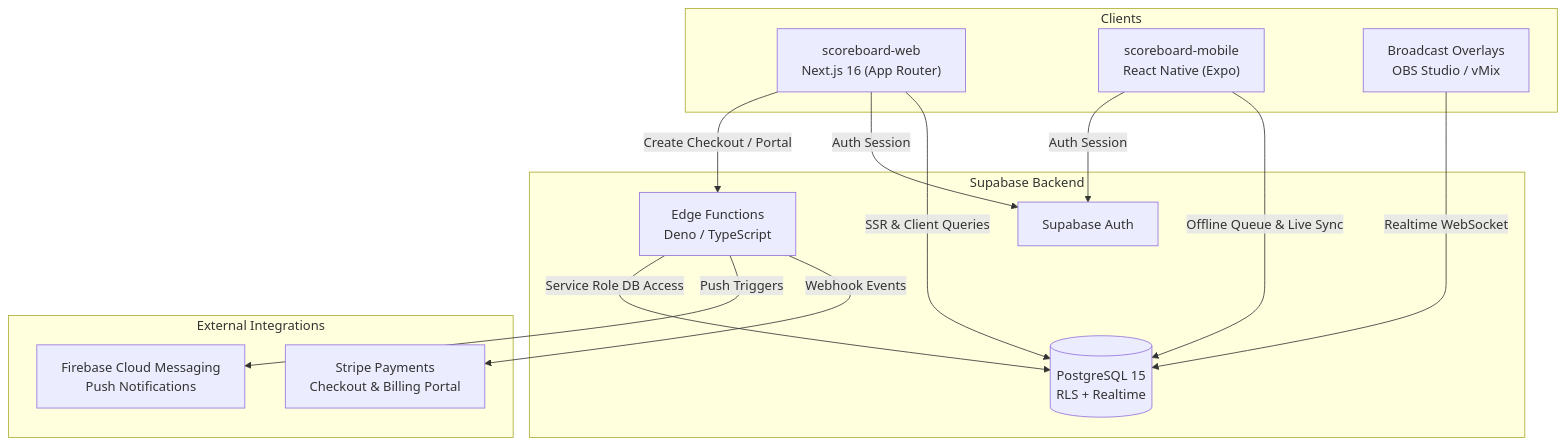
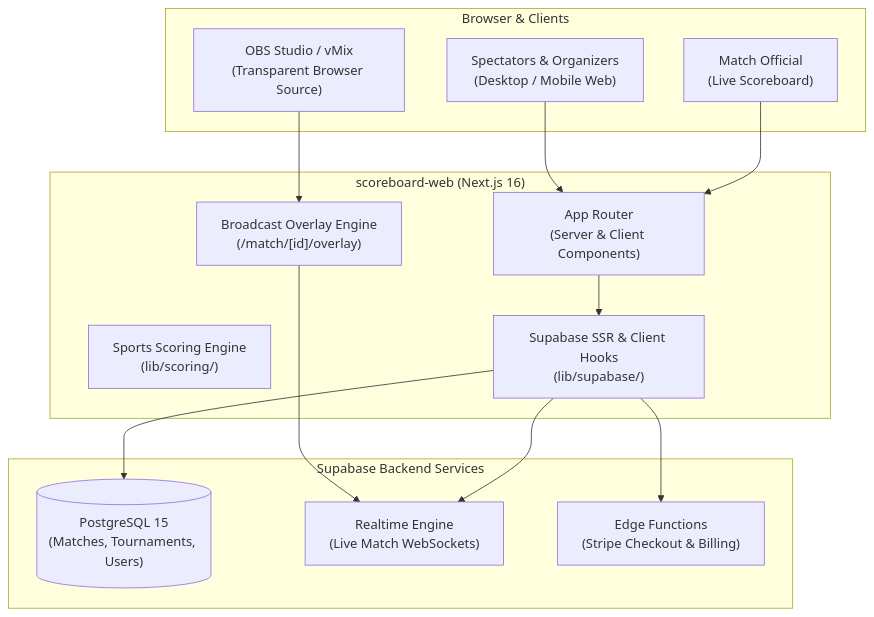
The diagram in docs/README.md (fortefolio/scoreboard-web), drawn with Mermaid before and after one commit. The commit also changed other lines of this file and 9 other files, not shown here.

Commit message:
docs: scope living wiki and sync rules specifically to web app and broadcast overlays

````diff
--- a/docs/README.md
+++ b/docs/README.md
@@ -5,30 +5,31 @@
 ```mermaid
 flowchart TD
-    subgraph Clients["Clients"]
-        Web["scoreboard-web<br/>Next.js 16 (App Router)"]
-        Mobile["scoreboard-mobile<br/>React Native (Expo)"]
-        OBS["Broadcast Overlays<br/>OBS Studio / vMix"]
+    subgraph Browser["Browser & Clients"]
+        Spectator["Spectators & Organizers<br/>(Desktop / Mobile Web)"]
+        Referee["Match Official<br/>(Live Scoreboard)"]
+        OBS["OBS Studio / vMix<br/>(Transparent Browser Source)"]
     end
 
-    subgraph Backend["Supabase Backend"]
-        DB[("PostgreSQL 15<br/>RLS + Realtime")]
-        Auth["Supabase Auth"]
-        Edge["Edge Functions<br/>Deno / TypeScript"]
+    subgraph WebApp["scoreboard-web (Next.js 16)"]
+        Router["App Router<br/>(Server & Client Components)"]
+        Overlays["Broadcast Overlay Engine<br/>(/match/[id]/overlay)"]
+        Engine["Sports Scoring Engine<br/>(lib/scoring/)"]
+        AuthHooks["Supabase SSR & Client Hooks<br/>(lib/supabase/)"]
     end
 
-    subgraph External["External Integrations"]
-        Stripe["Stripe Payments<br/>Checkout & Billing Portal"]
-        Firebase["Firebase Cloud Messaging<br/>Push Notifications"]
+    subgraph Backend["Supabase Backend Services"]
+        DB[("PostgreSQL 15<br/>(Matches, Tournaments, Users)")]
+        Realtime["Realtime Engine<br/>(Live Match WebSockets)"]
+        Edge["Edge Functions<br/>(Stripe Checkout & Billing)"]
     end
 
-    Web -->|SSR & Client Queries| DB
-    Web -->|Auth Session| Auth
-    Web -->|Create Checkout / Portal| Edge
-    Mobile -->|Offline Queue & Live Sync| DB
-    Mobile -->|Auth Session| Auth
-    OBS -->|Realtime WebSocket| DB
+    Spectator --> Router
+    Referee --> Router
+    OBS --> Overlays
 
-    Edge -->|Webhook Events| Stripe
-    Edge -->|Push Triggers| Firebase
-    Edge -->|Service Role DB Access| DB
+    Router --> AuthHooks
+    Overlays --> Realtime
+    AuthHooks --> DB
+    AuthHooks --> Realtime
+    AuthHooks --> Edge
 ```
````
